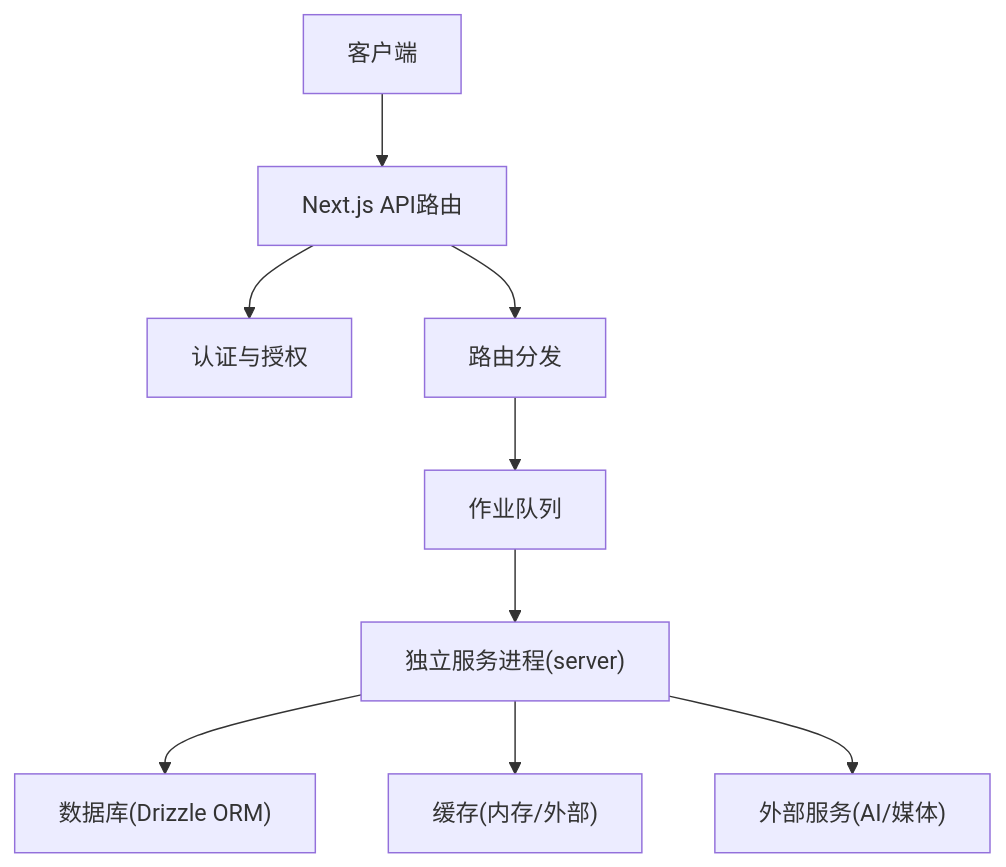
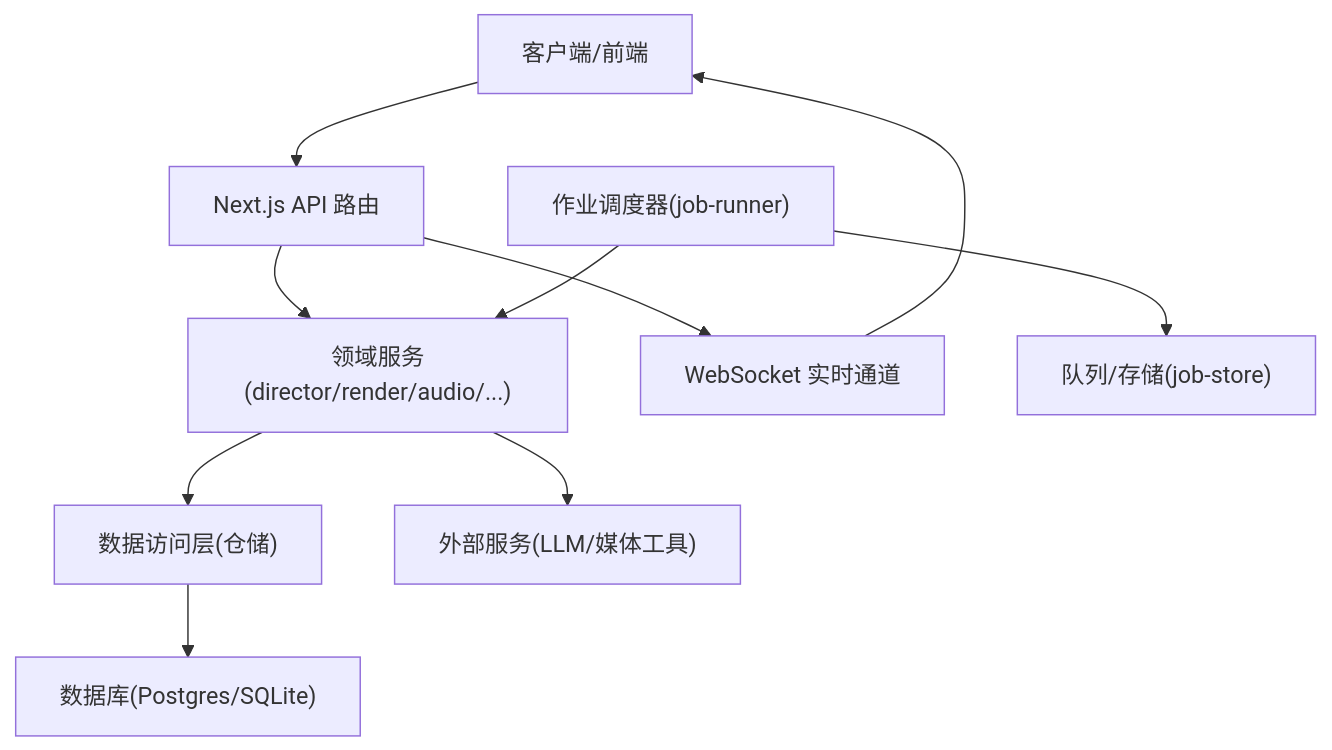
Before and after one commit to scottcwy/PurpleInk: the second of 6 diagrams in .qoder/repowiki/zh/content/后端架构/后端架构.md, drawn with Mermaid. The commit also changed other lines of this file and 872 other files, not shown here.

````diff
--- a/.qoder/repowiki/zh/content/后端架构/后端架构.md
+++ b/.qoder/repowiki/zh/content/后端架构/后端架构.md
@@ -51,11 +101,12 @@
 ```mermaid
 graph TB
-Client["客户端"] --> NextAPI["Next.js API路由"]
-NextAPI --> Auth["认证与授权"]
-NextAPI --> Router["路由分发"]
-Router --> JobQueue["作业队列"]
-JobQueue --> ServerProc["独立服务进程(server)"]
-ServerProc --> DB["数据库(Drizzle ORM)"]
-ServerProc --> Cache["缓存(内存/外部)"]
-ServerProc --> External["外部服务(AI/媒体)"]
+Client["客户端/前端"] --> API["Next.js API 路由"]
+API --> Services["领域服务(director/render/audio/...)"]
+Services --> Repo["数据访问层(仓储)"]
+Repo --> DB["数据库(Postgres/SQLite)"]
+API --> WS["WebSocket 实时通道"]
+WS --> Client
+Scheduler["作业调度器(job-runner)"] --> Queue["队列/存储(job-store)"]
+Scheduler --> Services
+Services --> External["外部服务(LLM/媒体工具)"]
 ```
````
